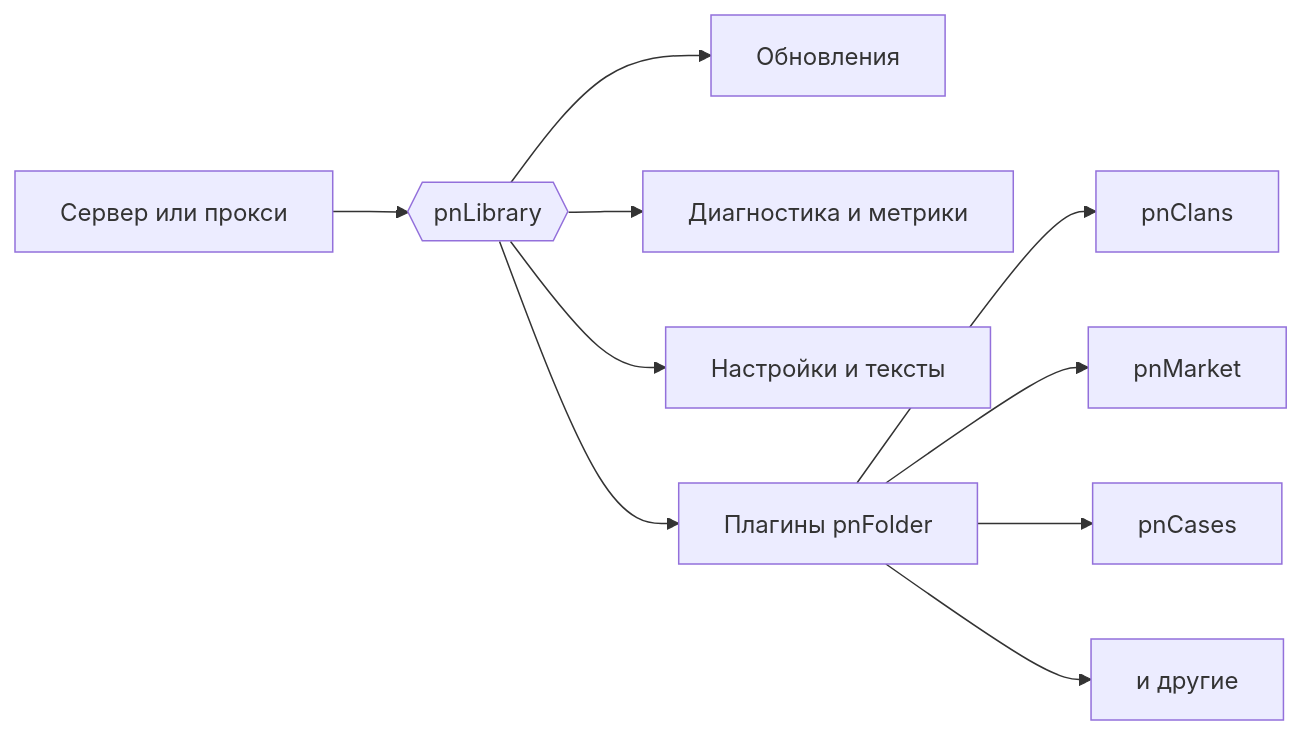
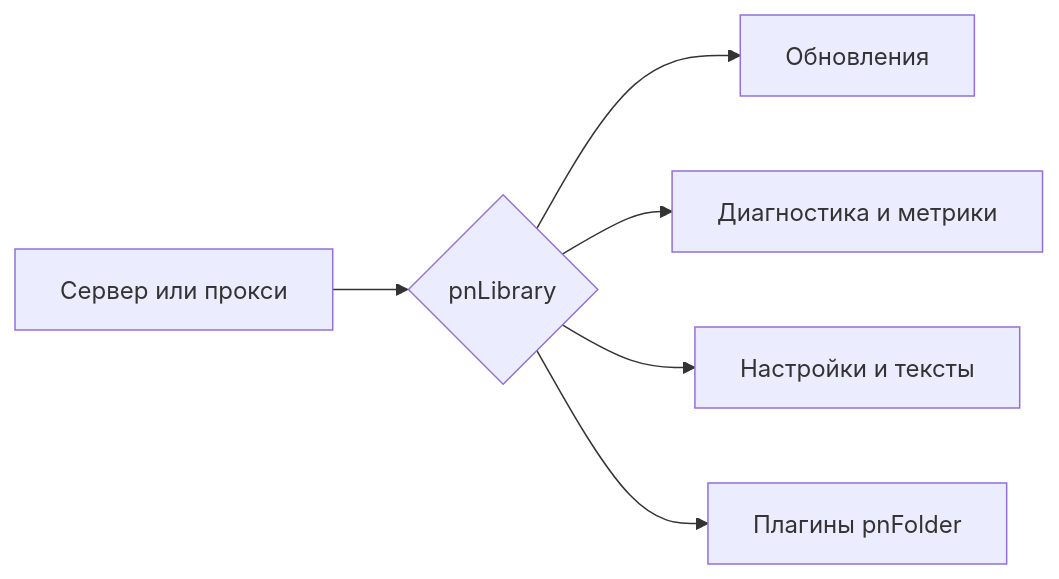
The diagram in profile/README.md (pnFolder/.github), drawn with Mermaid before and after one commit. The commit also changed other lines of this file and 4 other files, not shown here.

````diff
--- a/profile/README.md
+++ b/profile/README.md
@@ -59,12 +153,8 @@
 ```mermaid
 flowchart LR
-    S[Сервер или прокси] --> L{{pnLibrary}}
+    S[Сервер или прокси] --> L{pnLibrary}
     L --> A[Обновления]
     L --> B[Диагностика и метрики]
     L --> C[Настройки и тексты]
     L --> D[Плагины pnFolder]
-    D --> P1[pnClans]
-    D --> P2[pnMarket]
-    D --> P3[pnCases]
-    D --> P4[и другие]
 ```
````
